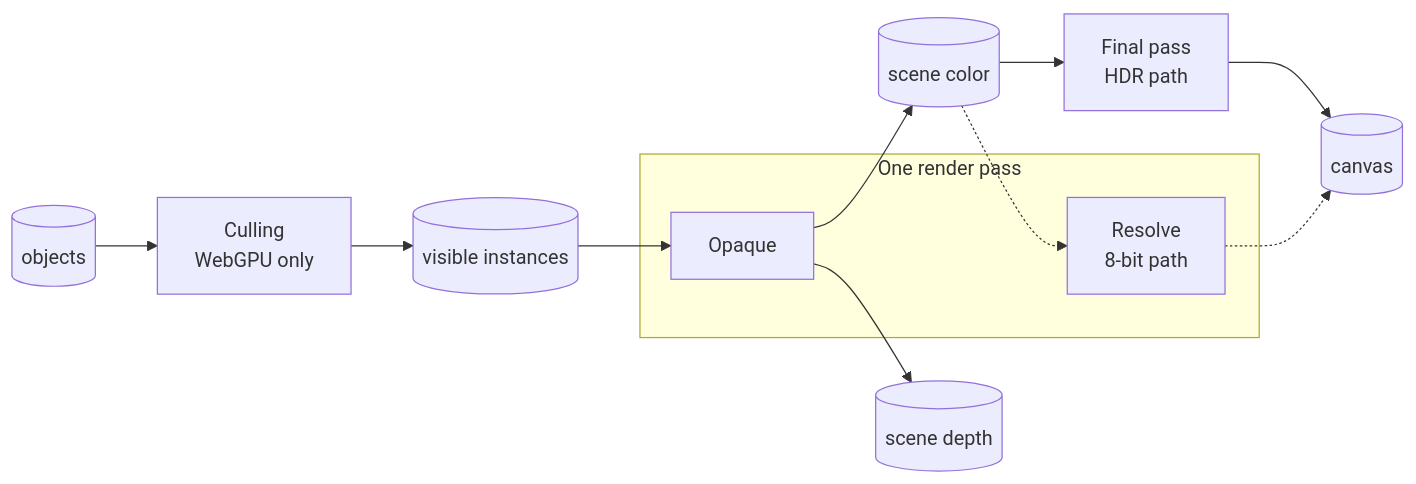
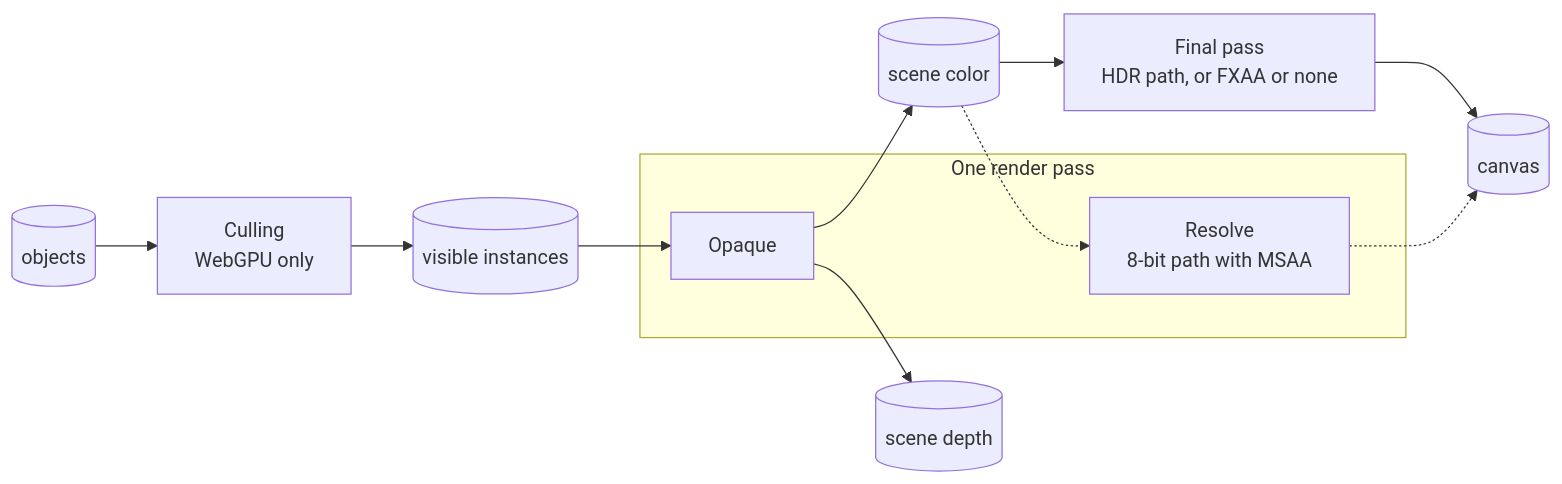
Before and after one commit to null3d-engine/null3d: the first of 2 diagrams in docs/concepts/render-graph.md, drawn with Mermaid. The commit also changed other lines of this file and 32 other files, not shown here.

````diff
--- a/docs/concepts/render-graph.md
+++ b/docs/concepts/render-graph.md
@@ -13,13 +13,13 @@
 ```mermaid
 flowchart LR
     objects[("objects")] --> culling["Culling<br/>WebGPU only"] --> visible[("visible instances")]
     visible --> opaque
     subgraph scene["One render pass"]
         opaque["Opaque"]
-        resolve["Resolve<br/>8-bit path"]
+        resolve["Resolve<br/>8-bit path with MSAA"]
     end
     opaque --> color[("scene color")]
     opaque --> depth[("scene depth")]
-    color --> final["Final pass<br/>HDR path"] --> canvas[("canvas")]
+    color --> final["Final pass<br/>HDR path, or FXAA or none"] --> canvas[("canvas")]
     color -.-> resolve -.-> canvas
 ```
````
